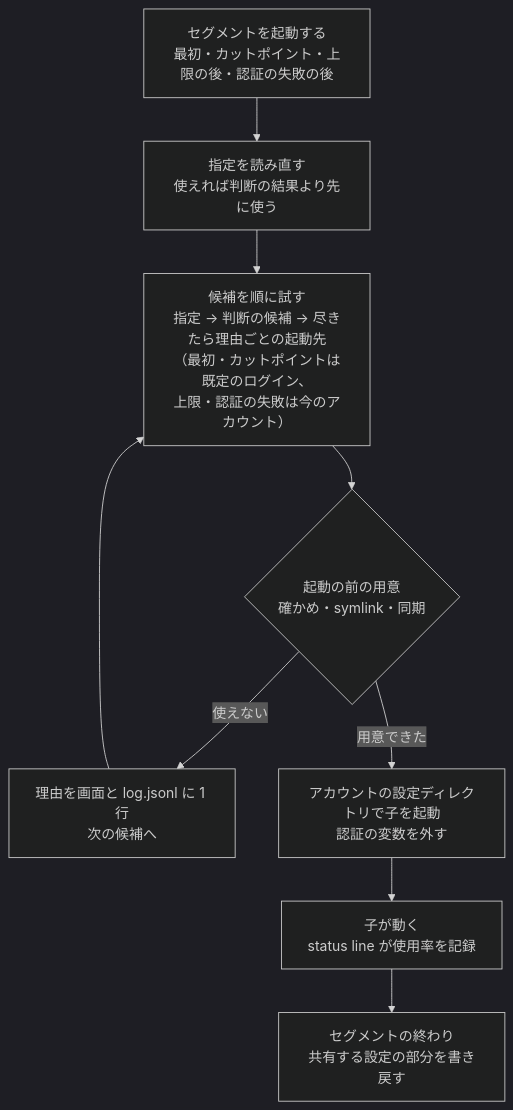
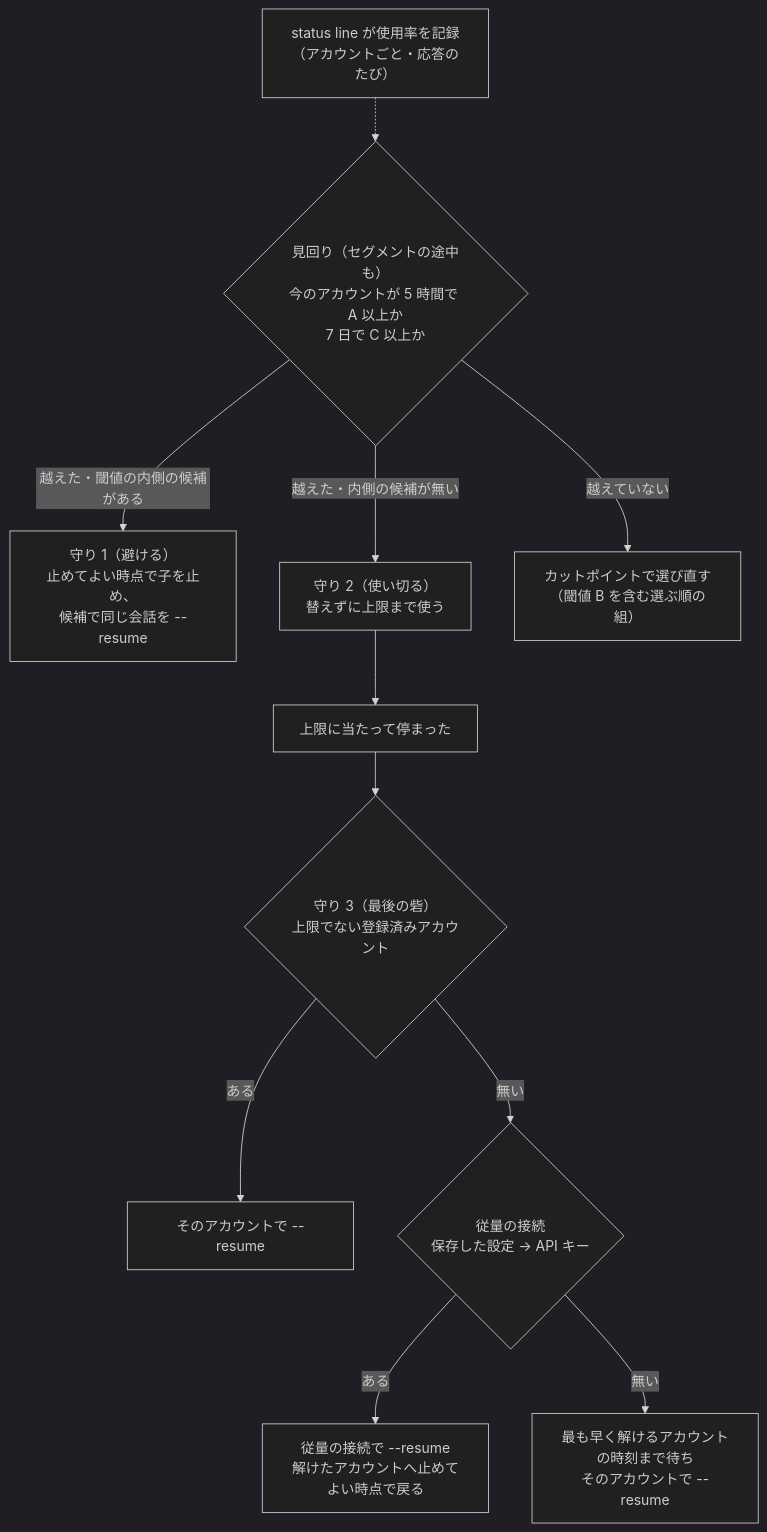
One commit to devbasex/ai-plugins changed the second of 5 diagrams in issues/issue-3604-3864-design.md. Above: the diagram before and after it, drawn with Mermaid (dark theme). The commit also changed other lines of this file and 4 other files, not shown here.

````diff
--- a/issues/issue-3604-3864-design.md
+++ b/issues/issue-3604-3864-design.md
@@ -50,11 +55,14 @@
 ```mermaid
 flowchart TD
-  T["セグメントを起動する<br/>最初・カットポイント・上限の後・認証の失敗の後"] --> P["指定を読み直す<br/>使えれば判断の結果より先に使う"]
-  P --> C["候補を順に試す<br/>指定 → 判断の候補 → 尽きたら理由ごとの起動先<br/>（最初・カットポイントは既定のログイン、<br/>上限・認証の失敗は今のアカウント）"]
-  C --> PR{"起動の前の用意<br/>確かめ・symlink・同期"}
-  PR -- "使えない" --> LOG["理由を画面と log.jsonl に 1 行<br/>次の候補へ"]
-  LOG --> C
-  PR -- "用意できた" --> E["アカウントの設定ディレクトリで子を起動<br/>認証の変数を外す"]
-  E --> RUN["子が動く<br/>status line が使用率を記録"]
-  RUN --> END["セグメントの終わり<br/>共有する設定の部分を書き戻す"]
+  OBS["status line が使用率を記録<br/>（アカウントごと・応答のたび）"] -.-> J
+  J{"見回り（セグメントの途中も）<br/>今のアカウントが 5 時間で A 以上か<br/>7 日で C 以上か"}
+  J -- "越えた・閾値の内側の候補がある" --> G1["守り 1（避ける）<br/>止めてよい時点で子を止め、<br/>候補で同じ会話を --resume"]
+  J -- "越えた・内側の候補が無い" --> G2["守り 2（使い切る）<br/>替えずに上限まで使う"]
+  J -- "越えていない" --> CUT["カットポイントで選び直す<br/>（閾値 B を含む選ぶ順の組）"]
+  G2 --> HIT["上限に当たって停まった"]
+  HIT --> G3{"守り 3（最後の砦）<br/>上限でない登録済みアカウント"}
+  G3 -- "ある" --> R1["そのアカウントで --resume"]
+  G3 -- "無い" --> M{"従量の接続<br/>保存した設定 → API キー"}
+  M -- "ある" --> R2["従量の接続で --resume<br/>解けたアカウントへ止めてよい時点で戻る"]
+  M -- "無い" --> WT["最も早く解けるアカウントの時刻まで待ち<br/>そのアカウントで --resume"]
 ```
````
